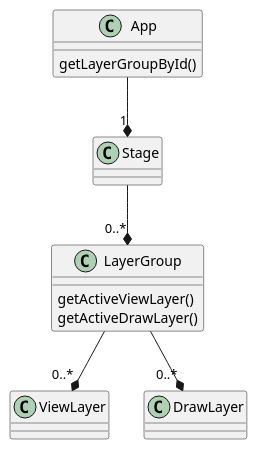
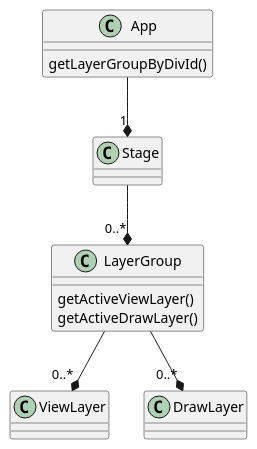
One commit to ivmartel/dwv changed the diagram in resources/doc/img/classes-layers.puml. Above: the diagram before and after it, drawn with PlantUML. The commit also changed 15 other files, not shown here.

Commit message:
Use layergroup div id instead of id, fixes #1277 Use div id to access layer group instead of internal id. Use div id as prefix for layer div id.

```diff
--- a/resources/doc/img/classes-layers.puml
+++ b/resources/doc/img/classes-layers.puml
@@ -1,19 +1,19 @@
 @startuml
 
 class App {
-  getLayerGroupById()
+  getLayerGroupByDivId()
 }
 class Stage
 class LayerGroup {
   getActiveViewLayer()
   getActiveDrawLayer()
 }
 class ViewLayer
 class DrawLayer
 
 App --* "1" Stage
 Stage --* "0..*" LayerGroup
 LayerGroup --* "0..*" ViewLayer
 LayerGroup --* "0..*" DrawLayer
 
 @enduml
```
